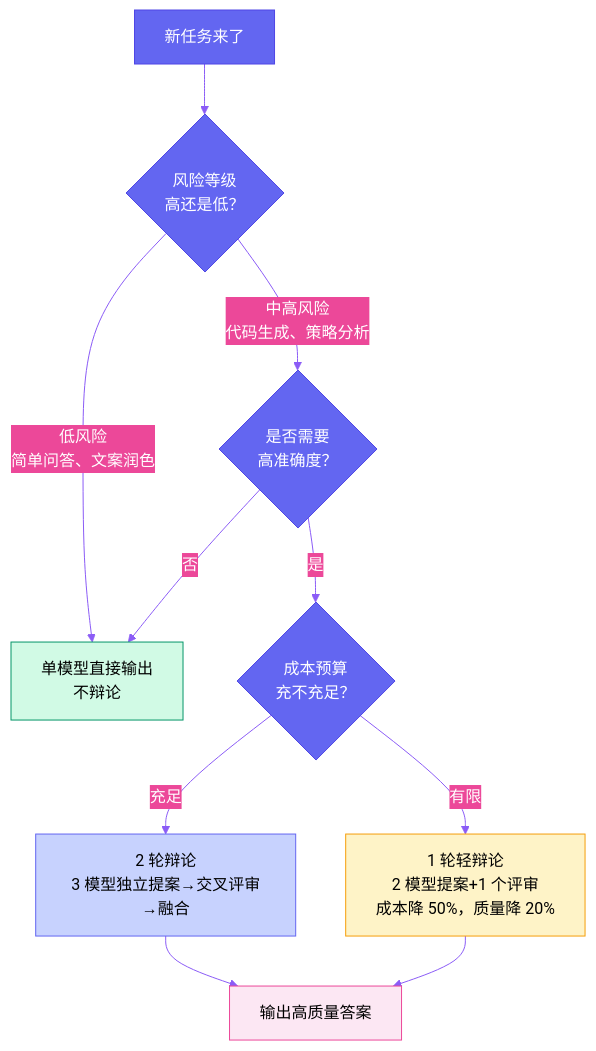
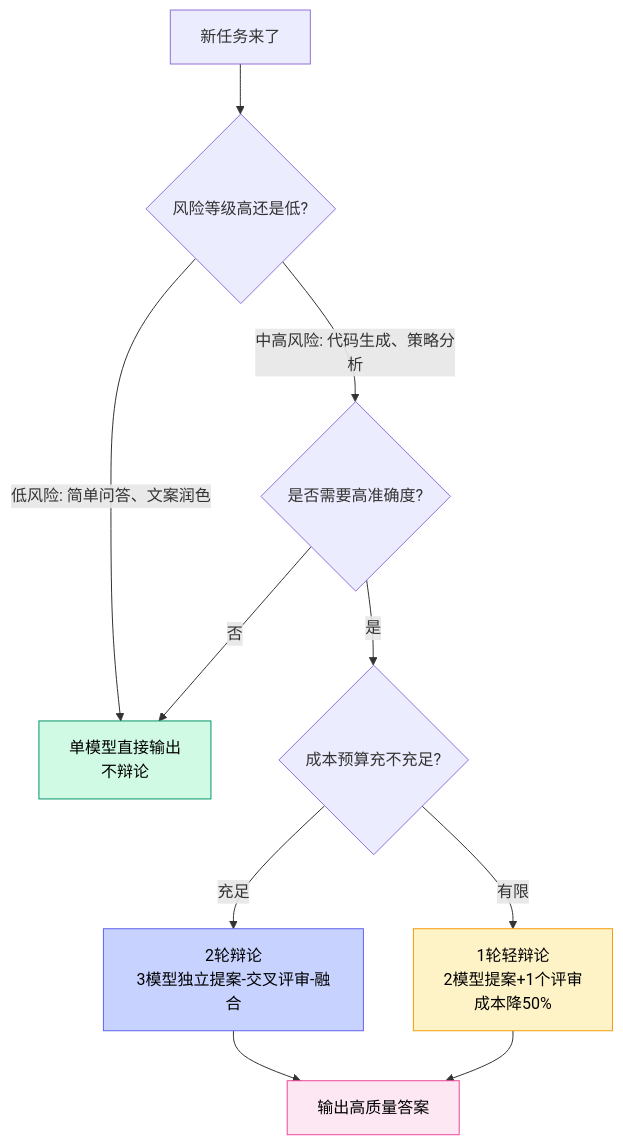
One commit to VokoForge/ai-prism changed the third of 3 diagrams in posts/yason-and-roberts/zh/ch05.md. Above: the diagram before and after it, drawn with Mermaid. The commit also changed other lines of this file and 31 other files, not shown here.

First line of the commit message:
✨ Rewrite all articles: hook titles, Mermaid diagrams, engaging style

````diff
--- a/posts/yason-and-roberts/zh/ch05.md
+++ b/posts/yason-and-roberts/zh/ch05.md
@@ -161,19 +159,18 @@
 ```mermaid
-%%{init: {'theme': 'base', 'themeVariables': {'primaryColor': '#6366f1','primaryTextColor': '#fff','primaryBorderColor': '#4f46e5','lineColor': '#8b5cf6','secondaryColor': '#ec4899','tertiaryColor': '#f59e0b'}}}%%
 flowchart TD
     Q[新任务来了]
-    Q --> D1{风险等级<br>高还是低？}
-    D1 -->|"低风险<br>简单问答、文案润色"| S[单模型直接输出<br>不辩论]
-    D1 -->|"中高风险<br>代码生成、策略分析"| D2{是否需要<br>高准确度？}
-    D2 -->|是| D3{成本预算<br>充不充足？}
+    Q --> D1{风险等级高还是低?}
+    D1 -->|"低风险: 简单问答、文案润色"| S[单模型直接输出<br>不辩论]
+    D1 -->|"中高风险: 代码生成、策略分析"| D2{是否需要高准确度?}
     D2 -->|否| S
-    D3 -->|充足| F["2 轮辩论<br>3 模型独立提案→交叉评审→融合"]
-    D3 -->|有限| L["1 轮轻辩论<br>2 模型提案+1 个评审<br>成本降 50%，质量降 20%"]
+    D2 -->|是| D3{成本预算充不充足?}
+    D3 -->|充足| F["2轮辩论<br>3模型独立提案-交叉评审-融合"]
+    D3 -->|有限| L["1轮轻辩论<br>2模型提案+1个评审<br>成本降50%"]
     F --> O[输出高质量答案]
     L --> O
 
     style S fill:#d1fae5,stroke:#059669,color:#000
     style F fill:#c7d2fe,stroke:#6366f1,color:#000
     style L fill:#fef3c7,stroke:#f59e0b,color:#000
     style O fill:#fce7f3,stroke:#ec4899,color:#000
 ```
````
